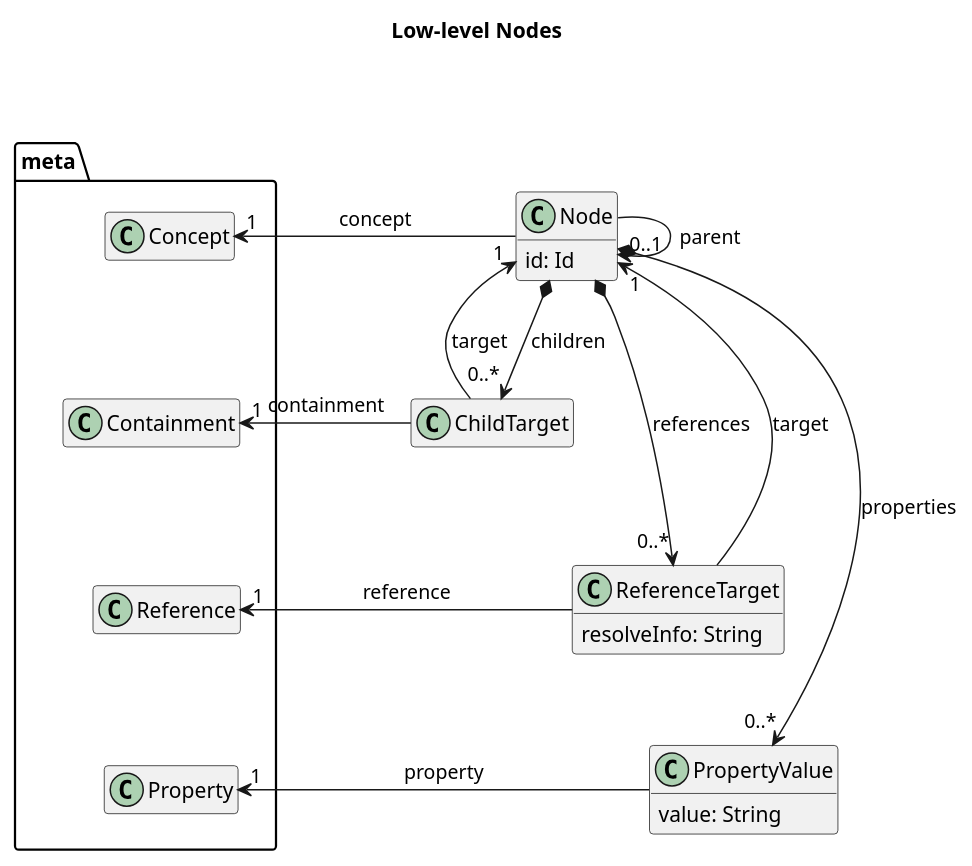
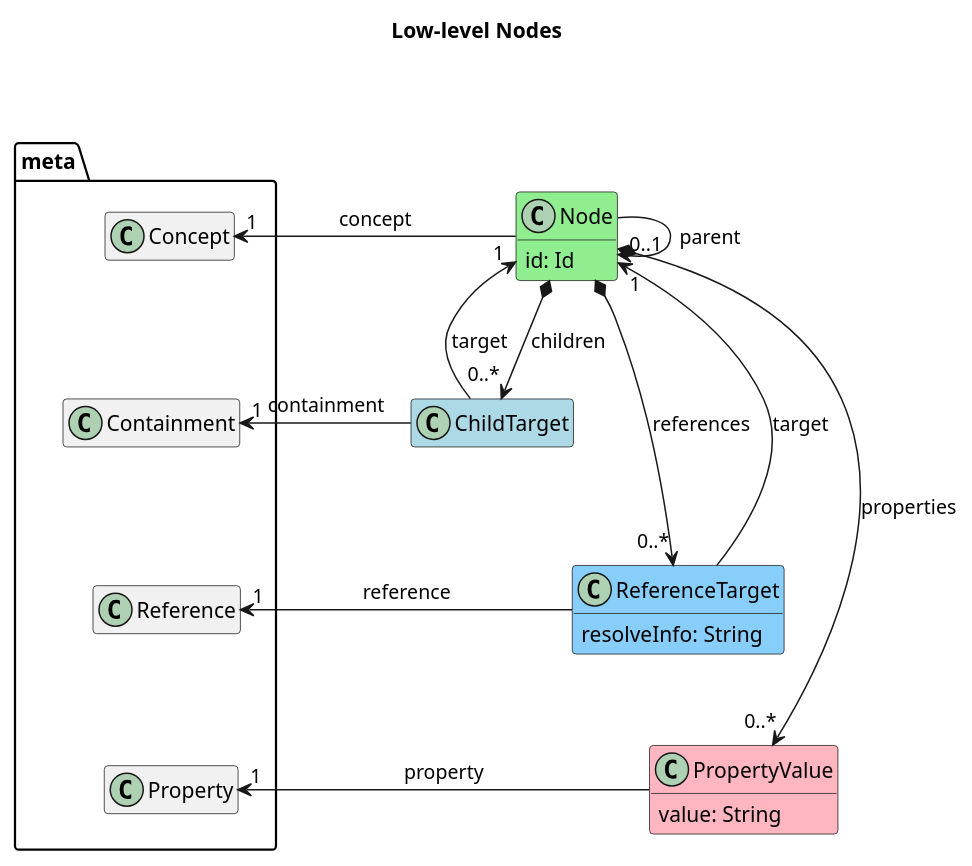
The diagram in lioncore/lowlevel-nodes.puml (LionWeb-io/specification), drawn with PlantUML before and after one commit. The commit also changed 5 other files, not shown here.

```diff
--- a/lioncore/lowlevel-nodes.puml
+++ b/lioncore/lowlevel-nodes.puml
@@ -1,59 +1,59 @@
 @startuml
 title Low-level Nodes
 
 hide empty members
 
 package meta {
     class Concept
     Concept -[hidden]-> Containment
     class Containment
     Containment -[hidden]-> Reference
     class Reference
     Reference -[hidden]-> Property
     class Property
 }
 
 meta -[hidden]> Node
 
 'Node
 
-class Node {
+class Node #lightGreen{
     id: Id
 }
 
 Node -> "0..1" Node: parent
 Concept "1" <- Node: concept
 
 'Children
 
 Node *--> "0..*" ChildTarget: children
 
-class ChildTarget {
+class ChildTarget #lightBlue {
 
 }
 
 ChildTarget --> "1" Node: target
 Containment "1" <- ChildTarget: containment
 
 
 'References
 
 Node *--> "0..*" ReferenceTarget: references
 
-class ReferenceTarget {
+class ReferenceTarget #lightSkyBlue {
     resolveInfo: String
 }
 
 ReferenceTarget --> "1" Node: target
 Reference "1" <- ReferenceTarget: reference
 
 'Properties
 
 Node *--> "0..*" PropertyValue: properties
-class PropertyValue {
+class PropertyValue #lightPink {
     value: String
 }
 
 Property "1" <- PropertyValue: property
 
 @enduml
```
